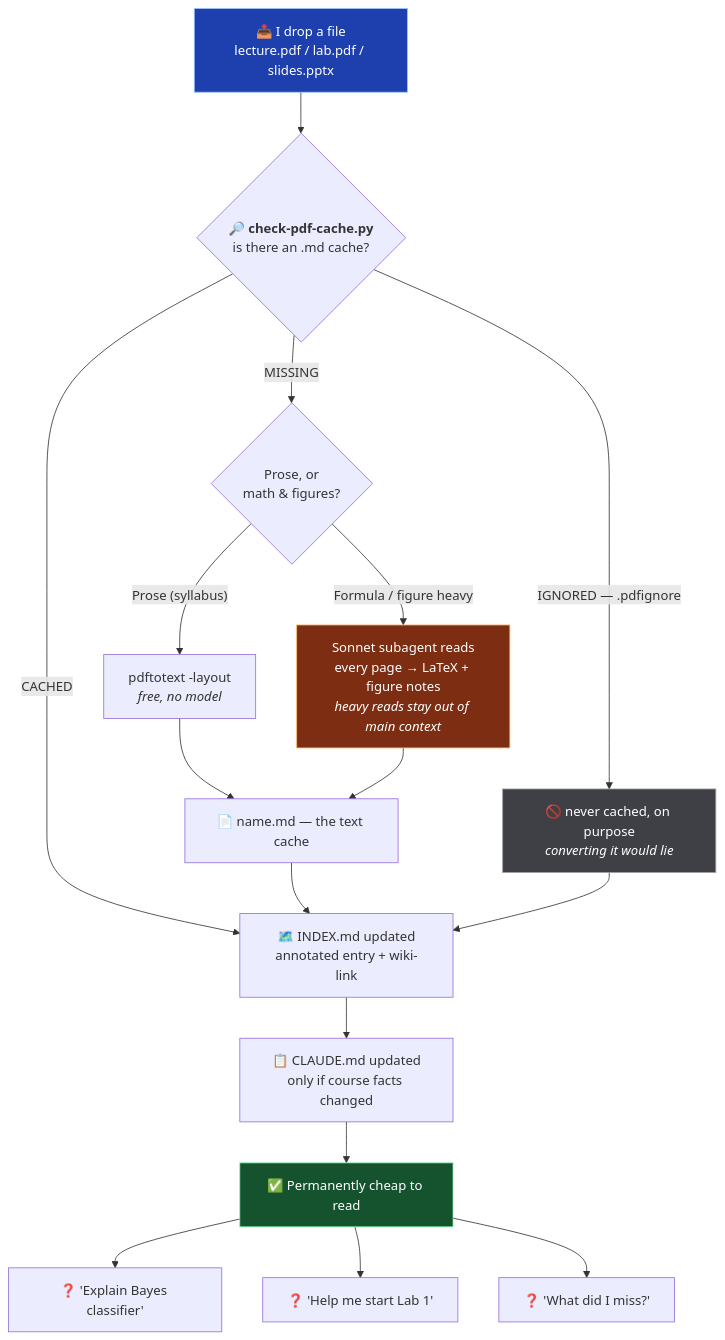
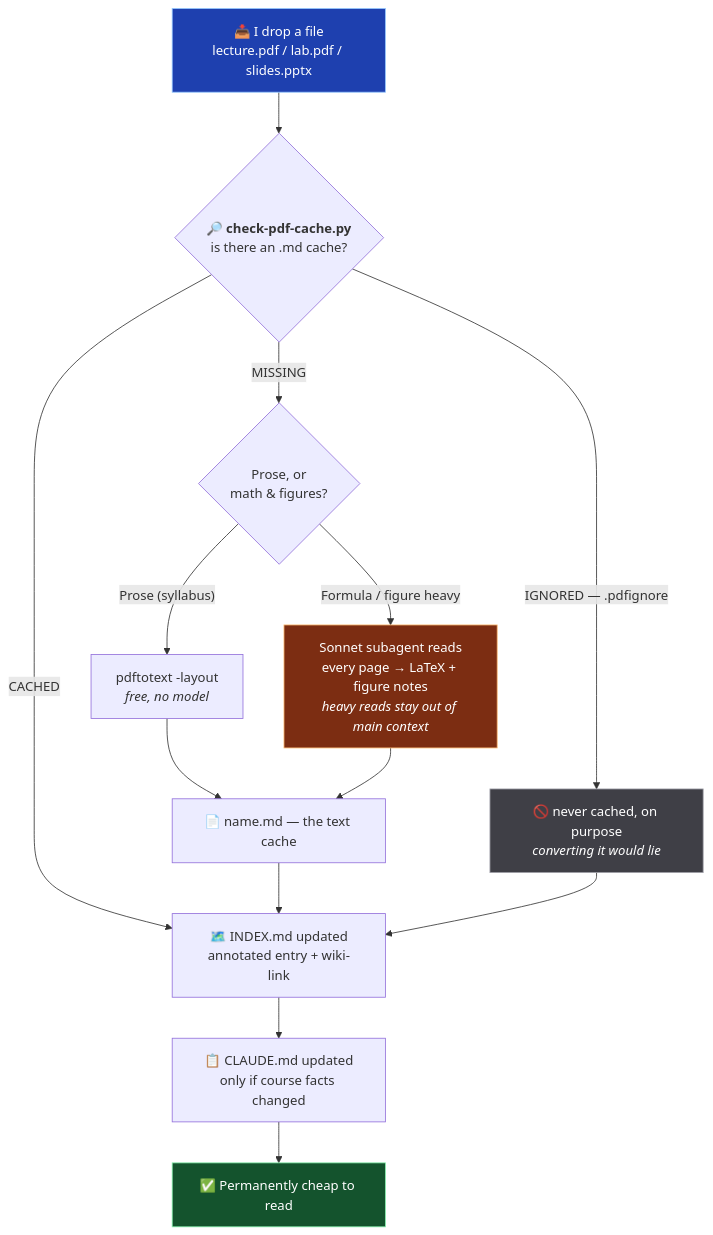
One commit to jakkarin-promsee/kmutt-y3-s1 changed the diagram in README.md. Above: the diagram before and after it, drawn with Mermaid. The commit also changed other lines of this file and 6 other files, not shown here.

````diff
--- a/README.md
+++ b/README.md
@@ -96,24 +83,20 @@
 ```mermaid
 flowchart TD
     A["📥 I drop a file<br/>lecture.pdf / lab.pdf / slides.pptx"] --> B{"🔎 <b>check-pdf-cache.py</b><br/>is there an .md cache?"}
     B -->|"CACHED"| G
     B -->|"IGNORED — .pdfignore"| X["🚫 never cached, on purpose<br/><i>converting it would lie</i>"]
     B -->|"MISSING"| C{"Prose, or<br/>math &amp; figures?"}
     C -->|"Prose (syllabus)"| D["pdftotext -layout<br/><i>free, no model</i>"]
     C -->|"Formula / figure heavy"| E["Sonnet subagent reads<br/>every page → LaTeX + figure notes<br/><i>heavy reads stay out of main context</i>"]
     D --> F["📄 name.md — the text cache"]
     E --> F
     F --> G["🗺️ INDEX.md updated<br/>annotated entry + wiki-link"]
     X --> G
     G --> H["📋 CLAUDE.md updated<br/>only if course facts changed"]
     H --> I["✅ Permanently cheap to read"]
 
-    I --> Q1["❓ 'Explain Bayes classifier'"]
-    I --> Q2["❓ 'Help me start Lab 1'"]
-    I --> Q3["❓ 'What did I miss?'"]
-
     style A fill:#1e40af,stroke:#93c5fd,color:#fff
     style E fill:#7c2d12,stroke:#fdba74,color:#fff
     style X fill:#3f3f46,stroke:#a1a1aa,color:#fff
     style I fill:#14532d,stroke:#86efac,color:#fff
 ```
````
